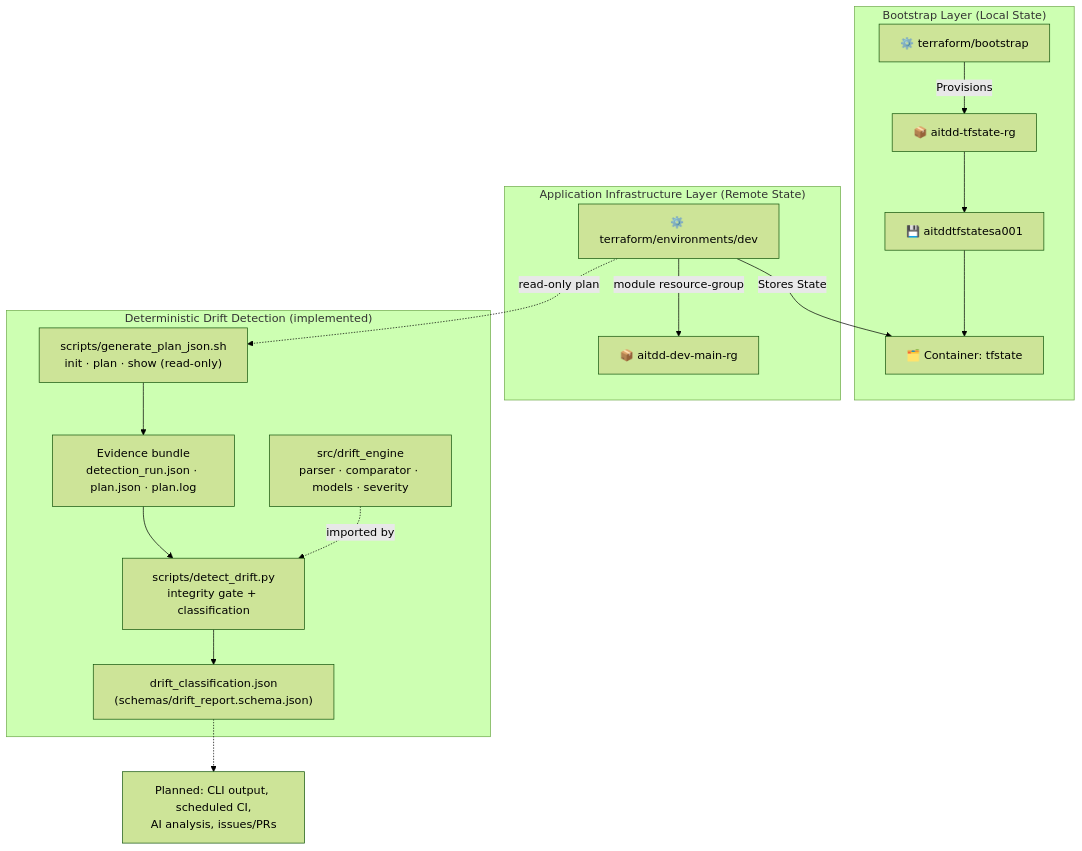
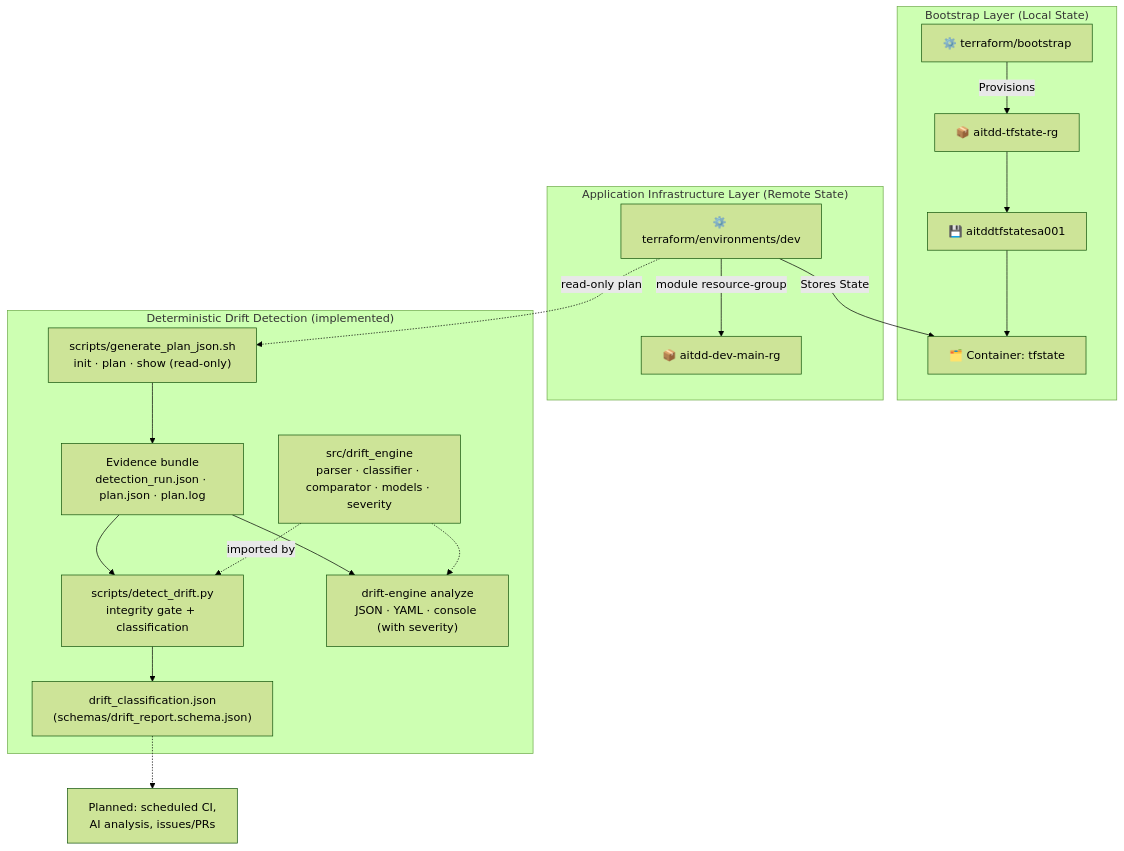
Before and after one commit to HarshAgarwal1102/ai-terraform-drift-detector: the diagram in README.md, drawn with Mermaid (forest theme). The commit also changed other lines of this file and 11 other files, not shown here.

Commit message:
feat: add drift-engine CLI and harden plan integrity gate

````diff
--- a/README.md
+++ b/README.md
@@ -82,23 +82,25 @@
 ```mermaid
 flowchart TD
     subgraph "Bootstrap Layer (Local State)"
         BOOTSTRAP["⚙️ terraform/bootstrap"] -->|"Provisions"| STATE_RG["📦 aitdd-tfstate-rg"]
         STATE_RG --> STATE_SA["💾 aitddtfstatesa001"]
         STATE_SA --> STATE_CONTAINER["🗂️ Container: tfstate"]
     end
 
     subgraph "Application Infrastructure Layer (Remote State)"
         DEV_ENV["⚙️ terraform/environments/dev"] -->|"Stores State"| STATE_CONTAINER
         DEV_ENV -->|"module resource-group"| APP_RG["📦 aitdd-dev-main-rg"]
     end
 
     subgraph "Deterministic Drift Detection (implemented)"
         GEN["scripts/generate_plan_json.sh<br/>init · plan · show (read-only)"] --> BUNDLE["Evidence bundle<br/>detection_run.json · plan.json · plan.log"]
         BUNDLE --> DETECT["scripts/detect_drift.py<br/>integrity gate + classification"]
         DETECT --> REPORT["drift_classification.json<br/>(schemas/drift_report.schema.json)"]
-        ENGINE["src/drift_engine<br/>parser · comparator · models · severity"] -.->|"imported by"| DETECT
+        ENGINE["src/drift_engine<br/>parser · classifier · comparator · models · severity"] -.->|"imported by"| DETECT
+        BUNDLE --> CLI["drift-engine analyze<br/>JSON · YAML · console (with severity)"]
+        ENGINE -.-> CLI
     end
 
     DEV_ENV -.->|"read-only plan"| GEN
-    REPORT -.-> FUTURE["Planned: CLI output, scheduled CI,<br/>AI analysis, issues/PRs"]
+    REPORT -.-> FUTURE["Planned: scheduled CI,<br/>AI analysis, issues/PRs"]
 ```
````
